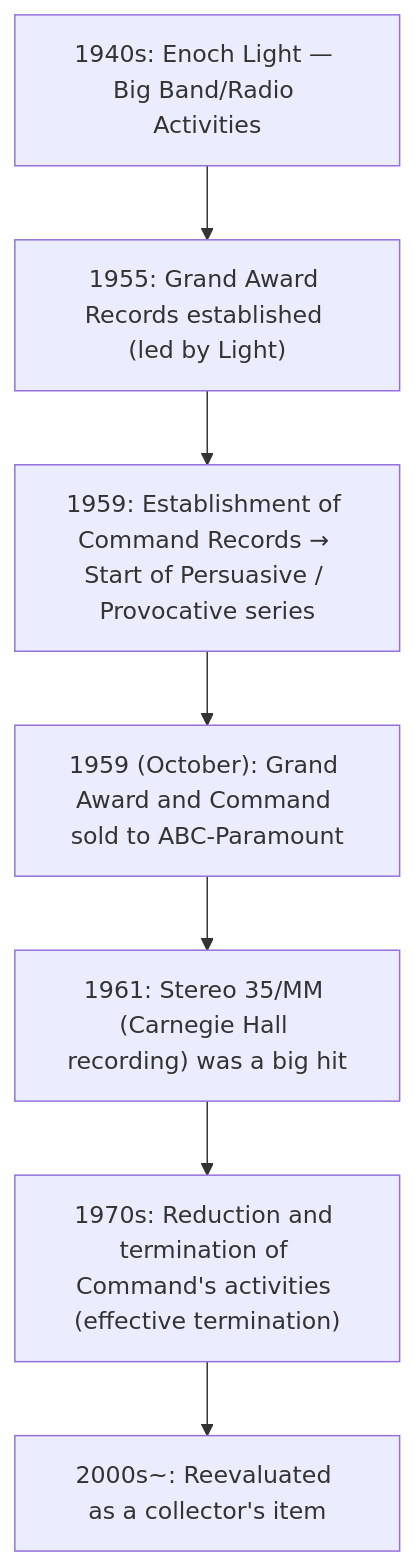
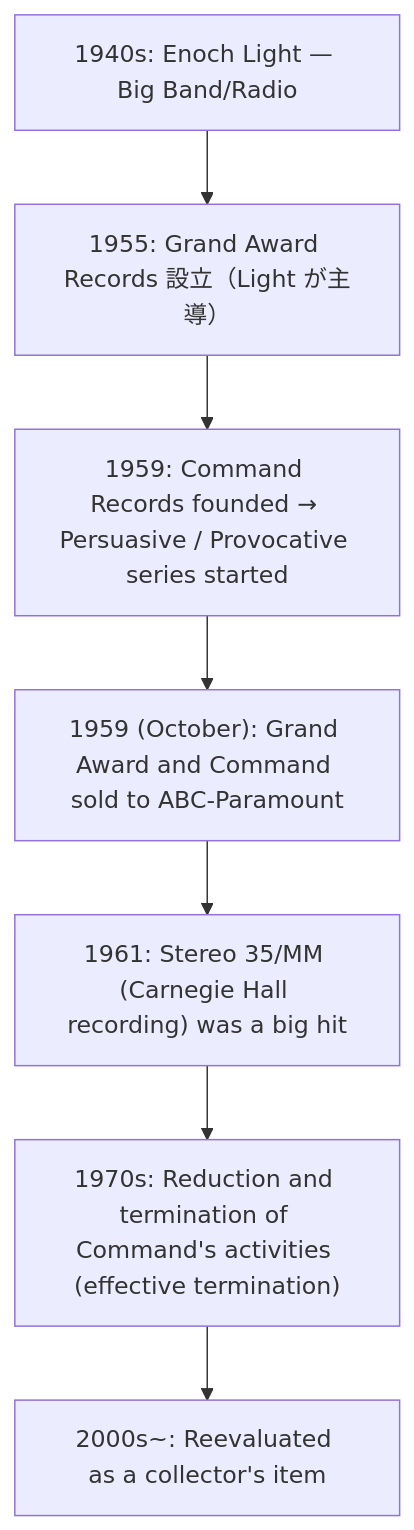
The first of 2 diagrams in en/_posts/2025-10-04-Column-Enoch-Light-Command.md (monumental-movement/monumental-movement.github.io), drawn with Mermaid before and after one commit. The commit also changed other lines of this file and 1012 other files, not shown here.

```diff
--- a/en/_posts/2025-10-04-Column-Enoch-Light-Command.md
+++ b/en/_posts/2025-10-04-Column-Enoch-Light-Command.md
@@ -63,13 +63,13 @@
 <div class="mermaid">
 
 flowchart TD
-    A["1940s: Enoch Light — Big Band/Radio Activities"]
-    B["1955: Grand Award Records established (led by Light)"]
-    C["1959: Establishment of Command Records → Start of Persuasive / Provocative series"]
+    A["1940s: Enoch Light — Big Band/Radio"]
+    B["1955: Grand Award Records 設立（Light が主導）"]
+    C["1959: Command Records founded → Persuasive / Provocative series started"]
     D["1959 (October): Grand Award and Command sold to ABC-Paramount"]
     E["1961: Stereo 35/MM (Carnegie Hall recording) was a big hit"]
     F["1970s: Reduction and termination of Command's activities (effective termination)"]
     G["2000s~: Reevaluated as a collector's item"]
 
     A --> B --> C --> D --> E --> F --> G
 </div>
```
